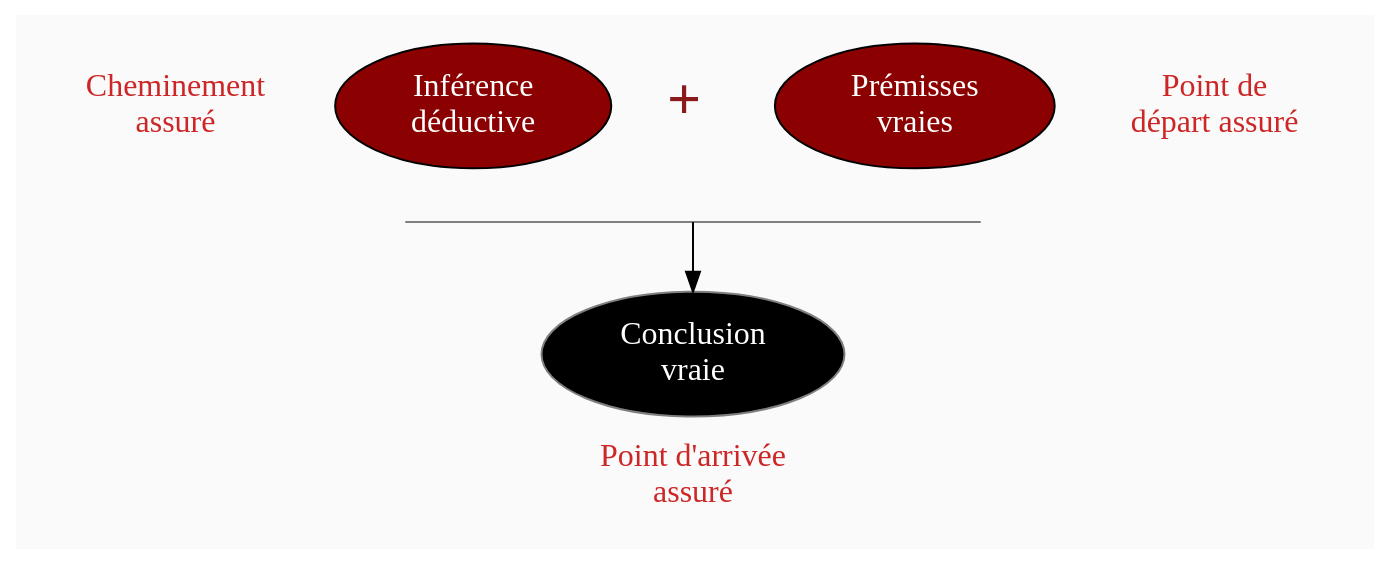
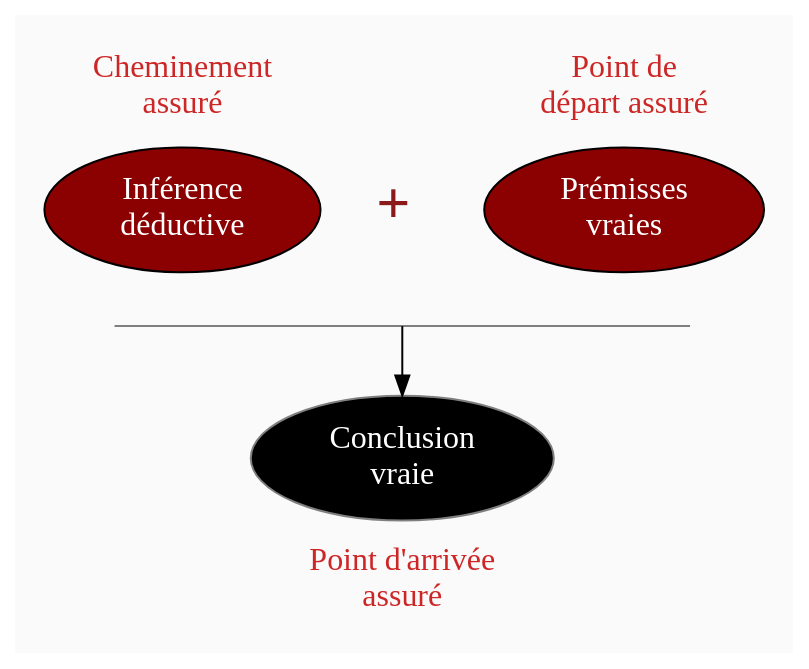
Before and after one commit to eyssette/graphviz-examples: the diagram in diagram/demonstration-deduction-premisses-vraies.dot, drawn with Graphviz.

```diff
--- a/diagram/demonstration-deduction-premisses-vraies.dot
+++ b/diagram/demonstration-deduction-premisses-vraies.dot
@@ -1,85 +1,85 @@
 digraph G {
 // Template : diagram
 // Usage : cours sur l'épistémologie
 //rankdir=LR
 //ratio=0.75
 splines=true
 //splines=curved
 bgcolor=grey98
 pad=0.2
 style=filled
 edge[minlen=4]
 ranksep=0.1
 nodesep=0.2 // valeur à changer ?
 
 // NIVEAU 1
 node[style=filled; fillcolor=12 ; fontcolor=white ; fontsize=18]
 // a1[label=""]
 
 
 // NIVEAU 2
 node[style=filled;fillcolor=red4;fontcolor=white; fontsize=16; shape=oval]
 // b1[label=""]
 
 b1[label="Inférence
 déductive"]
 b2[label="Prémisses
 vraies"]
 
 
 
 // NIVEAU 3 (sans intermédiaire)
 node [shape=box; style=filled;fillcolor=white;fontcolor=black;color=grey50]
 // c1[label=""]
 
 
 // INTERMEDIAIRE AVANT NIVEAU 3
 node[style=filled;fillcolor=black;fontcolor=white;shape=oval]
 // [arrowhead=none]
 // bc1[label=""]
 line->c1
 c1[label="Conclusion
 vraie"]
 
 // NIVEAU 3 (avec intermédiaire)
 node[style="filled";fillcolor=white;shape=box;color=grey50]
 // c1[label=""]
 
 // NIVEAU 4
 node[style="filled, rounded";fillcolor=white;shape=box;color=grey50]
 // d1[label=""]
 
 
 // ETIQUETTES EN ROUGE
 node[shape=plaintext;fontcolor=firebrick3;fillcolor=grey98]
 // e1[label=< <B>= Titre</B><BR /><BR />Contenu<BR /> >]
 // e1[label=""]
 // ->e1[minlen=1;style=invis]
 
 e1[label=<<b>+</b>>;fontsize=30;fontcolor=firebrick4]
 {rank=same;b1->e1->b2[minlen=0;style=invis]}
 e1->line[minlen=3;style=invis]
 line[shape=underline;style="";fontcolor=grey98;width=4;label="";height=0]
 
 e2[label="Point de
 départ assuré"]
-{rank=same;b2->e2[style=invis;minlen=1]}
+e2->b2[style=invis,minlen=1]
 
 e3[label="Cheminement
 assuré"]
-{rank=same;e3->b1[style=invis;minlen=1]}
+e3->b1[style=invis,minlen=1]
 
 e4[label="Point d'arrivée
 assuré"]
 c1->e4[minlen=1;style=invis]
 
 
 // Remarques
 node[color=blue;shape=box;style=filled;margin=0.07;fontcolor=black;fontsize=13]
 edge[color=blue;arrowhead="none";xlabel="";style=dashed]
 // r1[label=""]
 // {rank=same;->r1}
 // {rank=same;r1->[dir=back]}
 
 
 }
```
